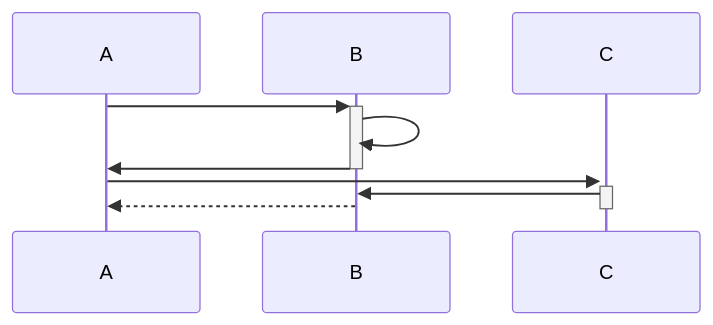
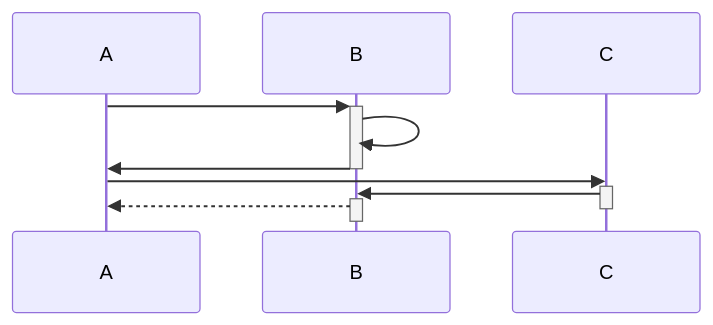
The ninth of 17 diagrams in source/_posts/markdown-中插入-mermaid-图.md (wqf31415/wqf31415.github.io), drawn with Mermaid before and after one commit. The commit also changed other lines of this file, not shown here.

Commit message:
:chart_with_downwards_trend: finish

````diff
--- a/source/_posts/markdown-中插入-mermaid-图.md
+++ b/source/_posts/markdown-中插入-mermaid-图.md
@@ -272,10 +269,14 @@
 ```mermaid
 sequenceDiagram
     A ->>+ B : 
     B ->> B : 
     B ->>- A : 
-    A ->>+ C : 
-    C ->>- B :  
+    A ->> C : 
+    activate C
+    C ->> B : 
+    activate B
+    deactivate C
     B -->> A : 
+    deactivate B
 
 ```
````
